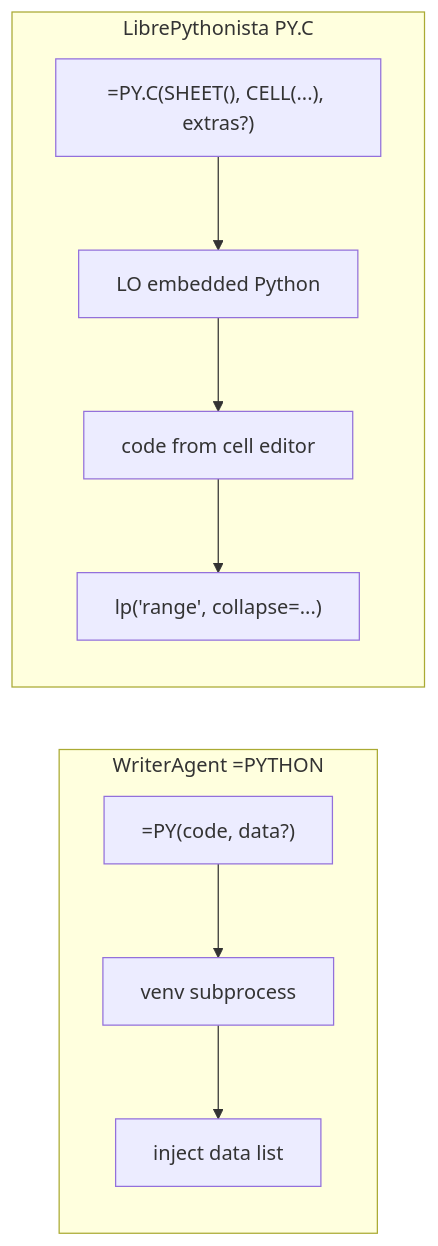
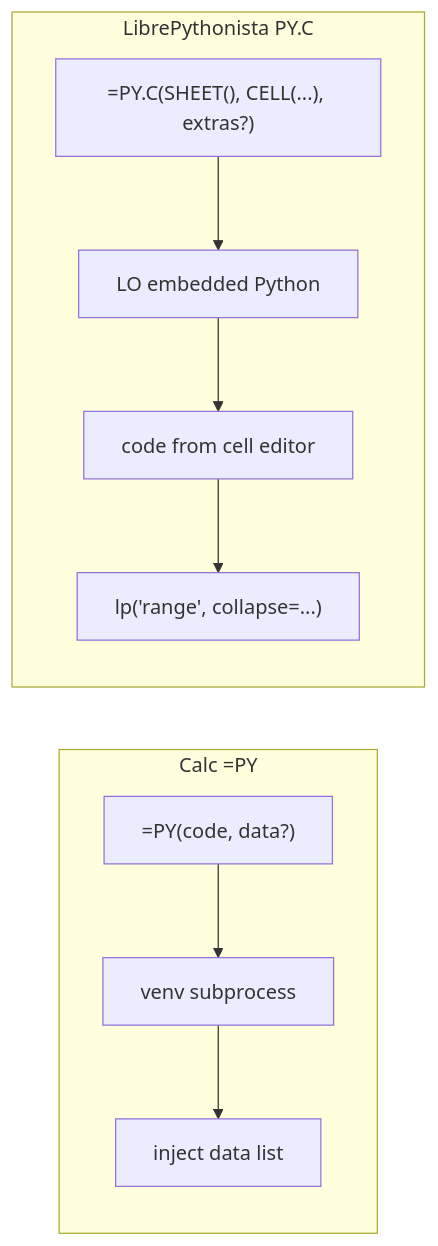
One commit to KeithCu/writeragent changed the first of 2 diagrams in docs/enabling_numpy_in_libreoffice.md. Above: the diagram before and after it, drawn with Mermaid. The commit also changed other lines of this file and 6 other files, not shown here.

````diff
--- a/docs/enabling_numpy_in_libreoffice.md
+++ b/docs/enabling_numpy_in_libreoffice.md
@@ -642,14 +741,14 @@
 ```mermaid
 flowchart LR
-  subgraph writeragent [WriterAgent =PYTHON]
+  subgraph ourPy [Calc =PY]
     F1["=PY(code, data?)"]
     F1 --> Venv["venv subprocess"]
     Venv --> Inject["inject data list"]
   end
-  subgraph librepy [LibrePythonista PY.C]
+  subgraph librePythonista [LibrePythonista PY.C]
     F2["=PY.C(SHEET(), CELL(...), extras?)"]
     F2 --> LO["LO embedded Python"]
     LO --> Editor["code from cell editor"]
     Editor --> LP["lp('range', collapse=...)"]
   end
 ```
````
